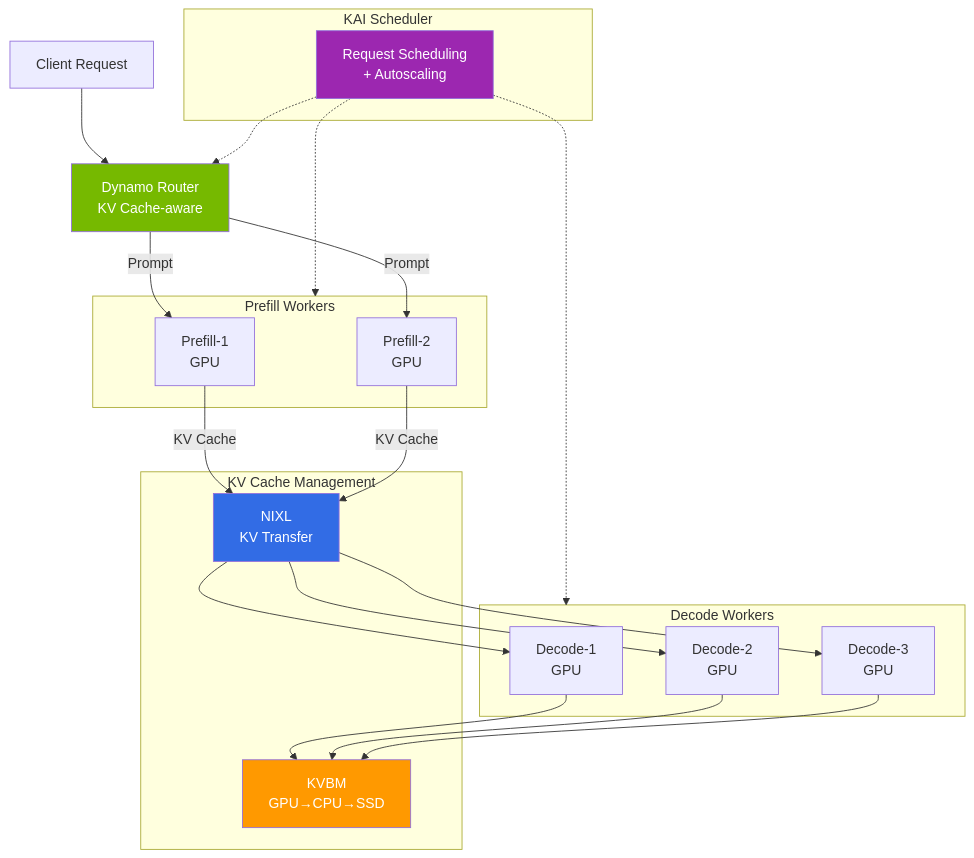
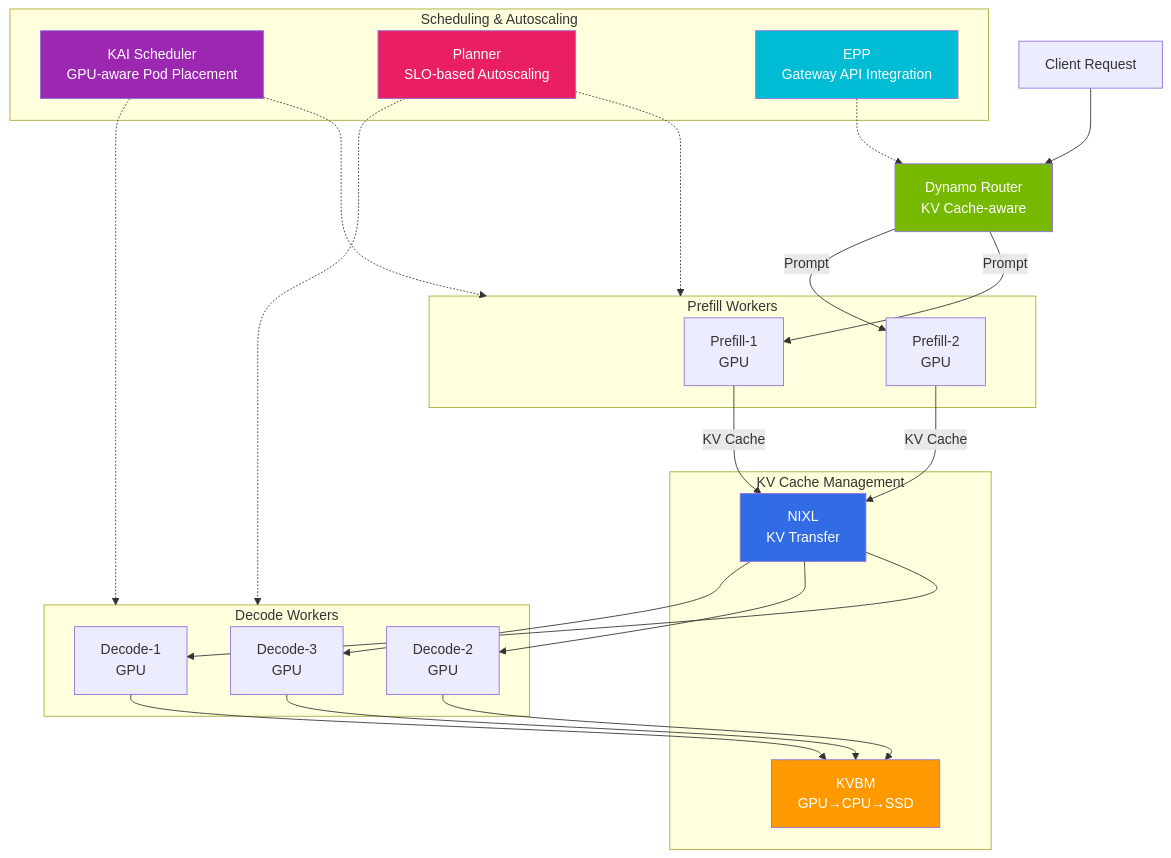
The third of 3 diagrams in i18n/en/docusaurus-plugin-content-docs/current/agentic-ai-platform/model-serving/nvidia-gpu-stack.md (devfloor9/engineering-playbook), drawn with Mermaid before and after one commit. The commit also changed other lines of this file and 1 other file, not shown here.

First line of the commit message:
fix: 영어 i18n 문서 GPU Operator/Dynamo/LLM-D 오류 동기화

````diff
--- a/i18n/en/docusaurus-plugin-content-docs/current/agentic-ai-platform/model-serving/nvidia-gpu-stack.md
+++ b/i18n/en/docusaurus-plugin-content-docs/current/agentic-ai-platform/model-serving/nvidia-gpu-stack.md
@@ -576,44 +611,50 @@
 ```mermaid
 flowchart TD
     CLIENT["Client Request"] --> ROUTER["Dynamo Router<br/>KV Cache-aware"]
 
     subgraph Prefill["Prefill Workers"]
         PF1["Prefill-1<br/>GPU"]
         PF2["Prefill-2<br/>GPU"]
     end
 
     subgraph Decode["Decode Workers"]
         DC1["Decode-1<br/>GPU"]
         DC2["Decode-2<br/>GPU"]
         DC3["Decode-3<br/>GPU"]
     end
 
     subgraph KVCache["KV Cache Management"]
         KVBM["KVBM<br/>GPU→CPU→SSD"]
         NIXL["NIXL<br/>KV Transfer"]
     end
 
     ROUTER -->|"Prompt"| PF1
     ROUTER -->|"Prompt"| PF2
     PF1 -->|"KV Cache"| NIXL
     PF2 -->|"KV Cache"| NIXL
     NIXL --> DC1
     NIXL --> DC2
     NIXL --> DC3
     DC1 --> KVBM
     DC2 --> KVBM
     DC3 --> KVBM
 
-    subgraph Scheduler["KAI Scheduler"]
-        KAI["Request Scheduling<br/>+ Autoscaling"]
+    subgraph Scheduler["Scheduling & Autoscaling"]
+        KAI["KAI Scheduler<br/>GPU-aware Pod Placement"]
+        PLANNER["Planner<br/>SLO-based Autoscaling"]
+        EPP["EPP<br/>Gateway API Integration"]
     end
 
-    KAI -.-> ROUTER
     KAI -.-> Prefill
     KAI -.-> Decode
+    PLANNER -.-> Prefill
+    PLANNER -.-> Decode
+    EPP -.-> ROUTER
 
     style ROUTER fill:#76b900,color:#fff
     style NIXL fill:#326ce5,color:#fff
     style KVBM fill:#ff9900,color:#fff
     style KAI fill:#9c27b0,color:#fff
+    style PLANNER fill:#e91e63,color:#fff
+    style EPP fill:#00bcd4,color:#fff
 ```
````
